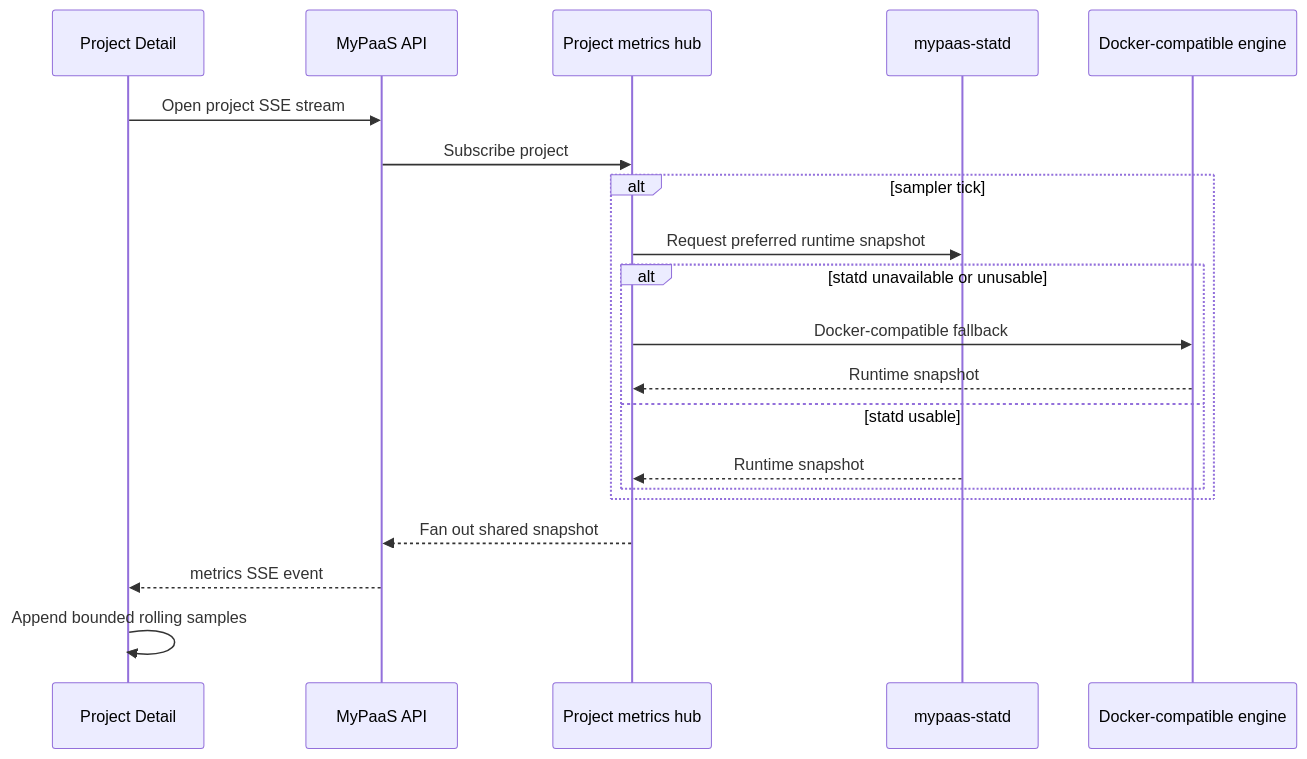
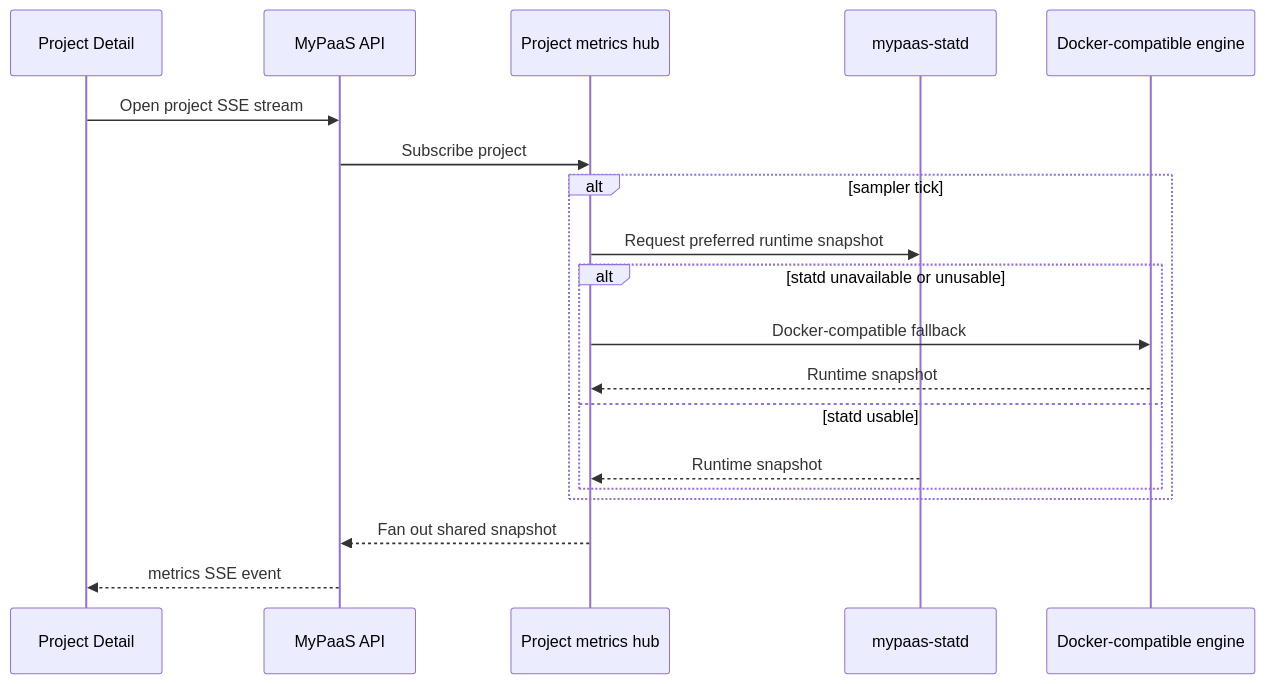
Before and after one commit to nabilrn/MyPaas: the second of 6 diagrams in docs/architecture/observability.md, drawn with Mermaid. The commit also changed other lines of this file, not shown here.

````diff
--- a/docs/architecture/observability.md
+++ b/docs/architecture/observability.md
@@ -39,23 +39,22 @@
 ```mermaid
 sequenceDiagram
     participant UI as Project Detail
     participant API as MyPaaS API
     participant Hub as Project metrics hub
     participant Statd as mypaas-statd
     participant Engine as Docker-compatible engine
 
     UI->>API: Open project SSE stream
     API->>Hub: Subscribe project
     alt sampler tick
         Hub->>Statd: Request preferred runtime snapshot
         alt statd unavailable or unusable
             Hub->>Engine: Docker-compatible fallback
             Engine-->>Hub: Runtime snapshot
         else statd usable
             Statd-->>Hub: Runtime snapshot
         end
     end
     Hub-->>API: Fan out shared snapshot
     API-->>UI: metrics SSE event
-    UI->>UI: Append bounded rolling samples
 ```
````
